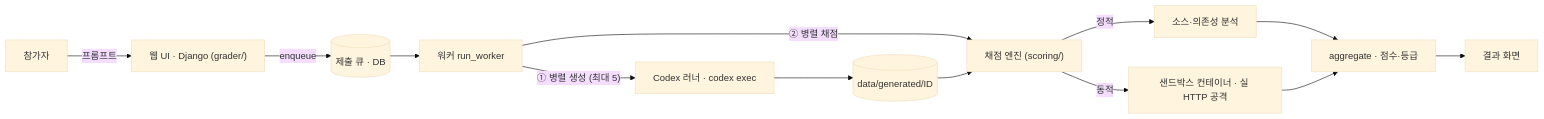
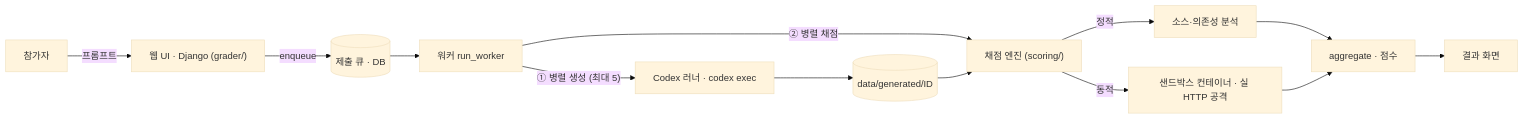
Before and after one commit to Nekonic/vibe-security-score: the first of 3 diagrams in docs/ARCHITECTURE.md, drawn with Mermaid (base theme). The commit also changed other lines of this file and 10 other files, not shown here.

````diff
--- a/docs/ARCHITECTURE.md
+++ b/docs/ARCHITECTURE.md
@@ -6,15 +6,15 @@
 ```mermaid
 flowchart LR
     P[참가자] -->|프롬프트| UI["웹 UI · Django (grader/)"]
     UI -->|enqueue| Q[("제출 큐 · DB")]
     Q --> W[워커 run_worker]
     W -->|"① 병렬 생성 (최대 5)"| CX["Codex 러너 · codex exec"]
     CX --> GEN[("data/generated/ID")]
     W -->|"② 병렬 채점"| SC["채점 엔진 (scoring/)"]
     GEN --> SC
     SC -->|정적| ST[소스·의존성 분석]
     SC -->|동적| DY["샌드박스 컨테이너 · 실 HTTP 공격"]
-    ST --> AG["aggregate · 점수·등급"]
+    ST --> AG["aggregate · 점수"]
     DY --> AG
     AG --> R[결과 화면]
 ```
````
